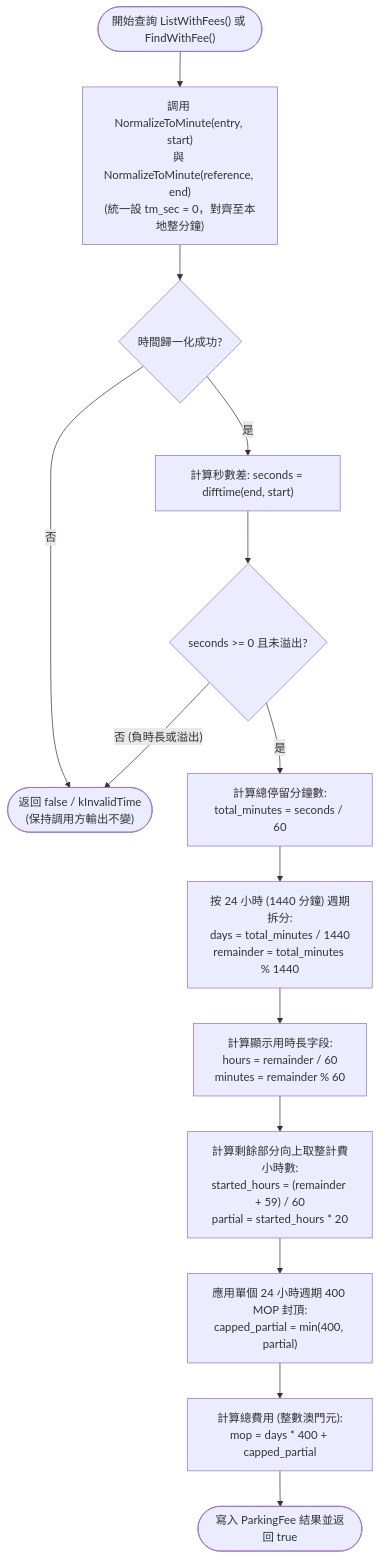
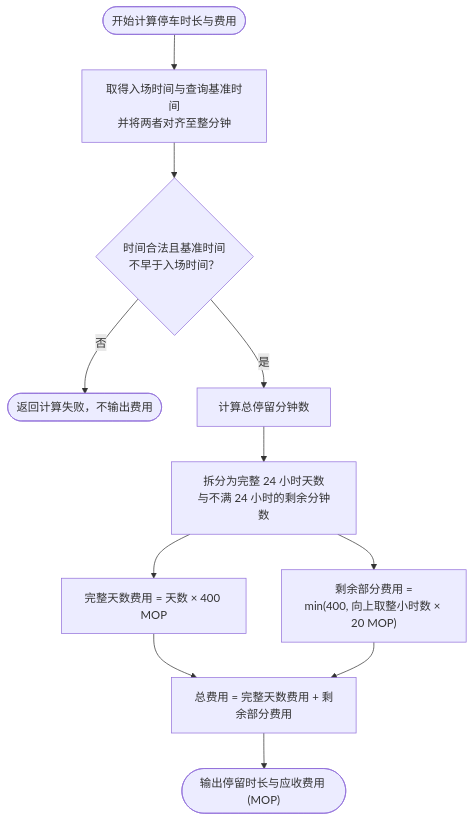
Before and after one commit to lzc0901/parking-management-system: the third of 4 diagrams in docs/diagrams/juli12_flowcharts.mmd, drawn with Mermaid. The commit also changed other lines of this file and 13 other files, not shown here.

````diff
--- a/docs/diagrams/juli12_flowcharts.mmd
+++ b/docs/diagrams/juli12_flowcharts.mmd
@@ -65,16 +45,13 @@
 ```mermaid
 flowchart TD
-    Start(["開始查詢 ListWithFees() 或 FindWithFee()"]) --> NormBoth["調用 NormalizeToMinute(entry, start)<br/>與 NormalizeToMinute(reference, end)<br/>(統一設 tm_sec = 0，對齊至本地整分鐘)"]
-    NormBoth --> NormOk{"時間歸一化成功?"}
-    NormOk -- "否" --> Fail(["返回 false / kInvalidTime<br/>(保持調用方輸出不變)"])
-    NormOk -- "是" --> Diff["計算秒數差: seconds = difftime(end, start)"]
-    Diff --> CheckValid{"seconds >= 0 且未溢出?"}
-    CheckValid -- "否 (負時長或溢出)" --> Fail
-    CheckValid -- "是" --> CalcMin["計算總停留分鐘數:<br/>total_minutes = seconds / 60"]
-    CalcMin --> SplitBlock["按 24 小時 (1440 分鐘) 週期拆分:<br/>days = total_minutes / 1440<br/>remainder = total_minutes % 1440"]
-    SplitBlock --> CalcDisplay["計算顯示用時長字段:<br/>hours = remainder / 60<br/>minutes = remainder % 60"]
-    CalcDisplay --> CalcPartial["計算剩餘部分向上取整計費小時數:<br/>started_hours = (remainder + 59) / 60<br/>partial = started_hours * 20"]
-    CalcPartial --> CapCheck["應用單個 24 小時週期 400 MOP 封頂:<br/>capped_partial = min(400, partial)"]
-    CapCheck --> TotalMop["計算總費用 (整數澳門元):<br/>mop = days * 400 + capped_partial"]
-    TotalMop --> Done(["寫入 ParkingFee 結果並返回 true"])
+    Start(["开始计算停车时长与费用"]) --> Align["取得入场时间与查询基准时间<br/>并将两者对齐至整分钟"]
+    Align --> Valid{"时间合法且基准时间<br/>不早于入场时间？"}
+    Valid -- "否" --> Fail(["返回计算失败，不输出费用"])
+    Valid -- "是" --> Diff["计算总停留分钟数"]
+    Diff --> Split["拆分为完整 24 小时天数<br/>与不满 24 小时的剩余分钟数"]
+    Split --> DayFee["完整天数费用 = 天数 × 400 MOP"]
+    Split --> RemFee["剩余部分费用 =<br/>min(400, 向上取整小时数 × 20 MOP)"]
+    DayFee --> Total["总费用 = 完整天数费用 + 剩余部分费用"]
+    RemFee --> Total
+    Total --> Done(["输出停留时长与应收费用 (MOP)"])
 ```
````
